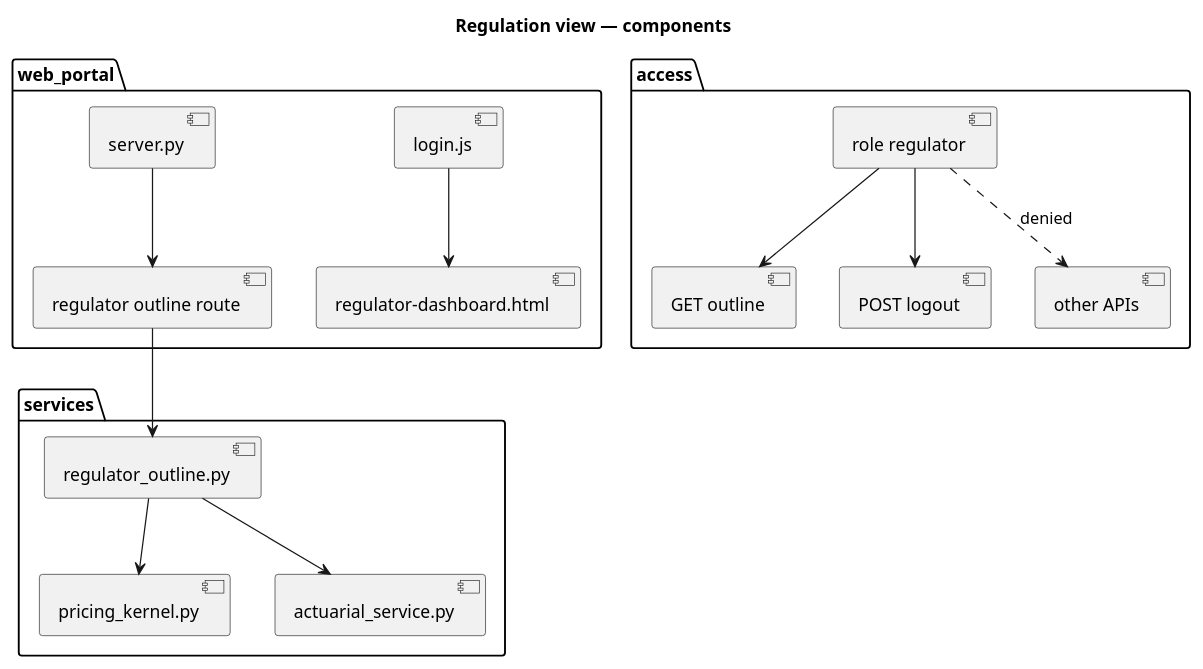
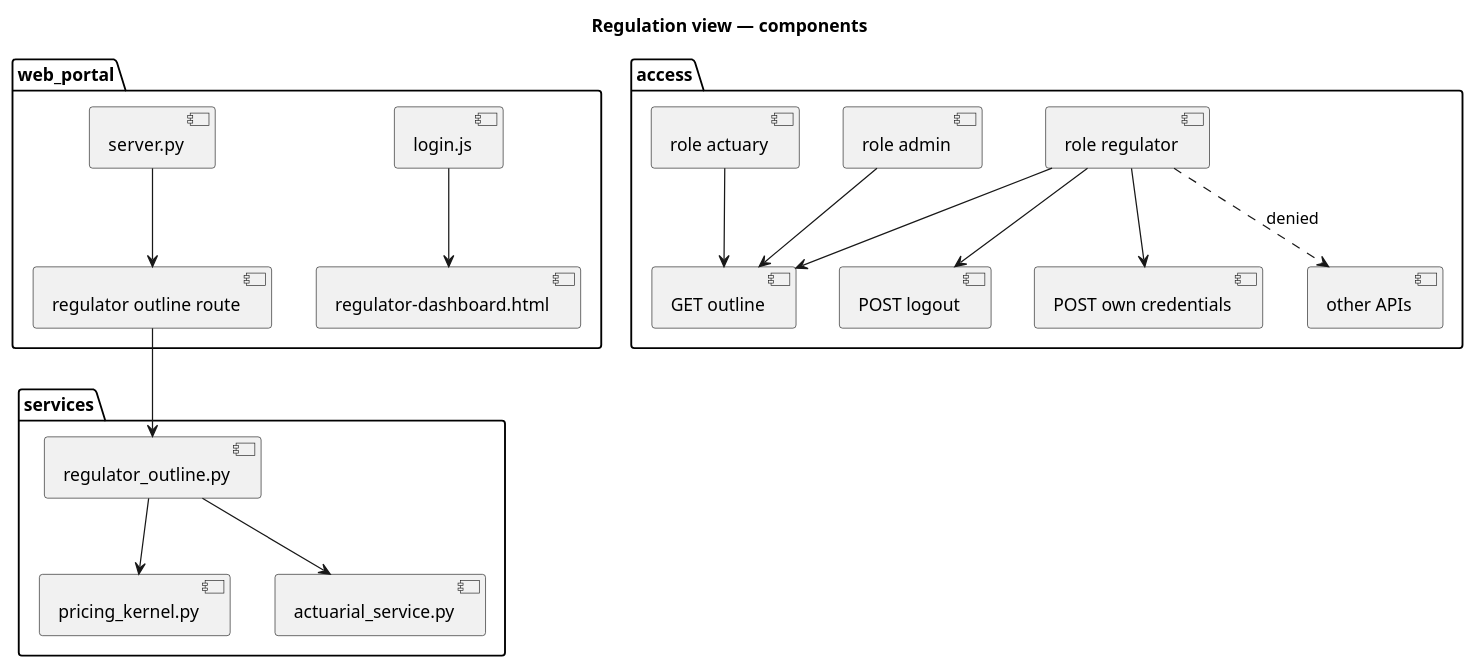
Before and after one commit to ashuryasaf/phins: the fourth of 4 diagrams in docs/uml/regulator_view.puml, drawn with PlantUML. The commit also changed other lines of this file and 10 other files, not shown here.

First line of the commit message:
Keep a solved login check and open the regulation view to admin and actuary.

```diff
--- a/docs/uml/regulator_view.puml
+++ b/docs/uml/regulator_view.puml
@@ -133,21 +135,24 @@
 @startuml regulator_view_components
 title Regulation view — components
 
 package "web_portal" {
   [login.js] --> [regulator-dashboard.html]
   [server.py] --> [regulator outline route]
 }
 
 package "services" {
   [regulator_outline.py] --> [pricing_kernel.py]
   [regulator_outline.py] --> [actuarial_service.py]
 }
 
 package "access" {
   [role regulator] --> [GET outline]
+  [role admin] --> [GET outline]
+  [role actuary] --> [GET outline]
   [role regulator] --> [POST logout]
+  [role regulator] --> [POST own credentials]
   [role regulator] ..> [other APIs] : denied
 }
 
 [regulator outline route] --> [regulator_outline.py]
 @enduml
```
